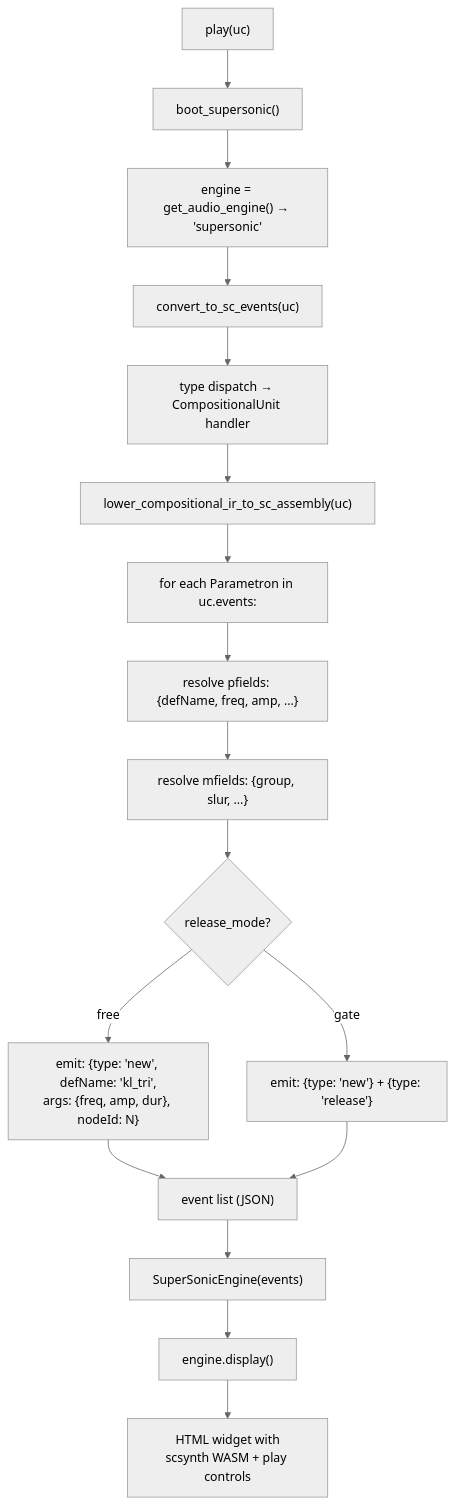
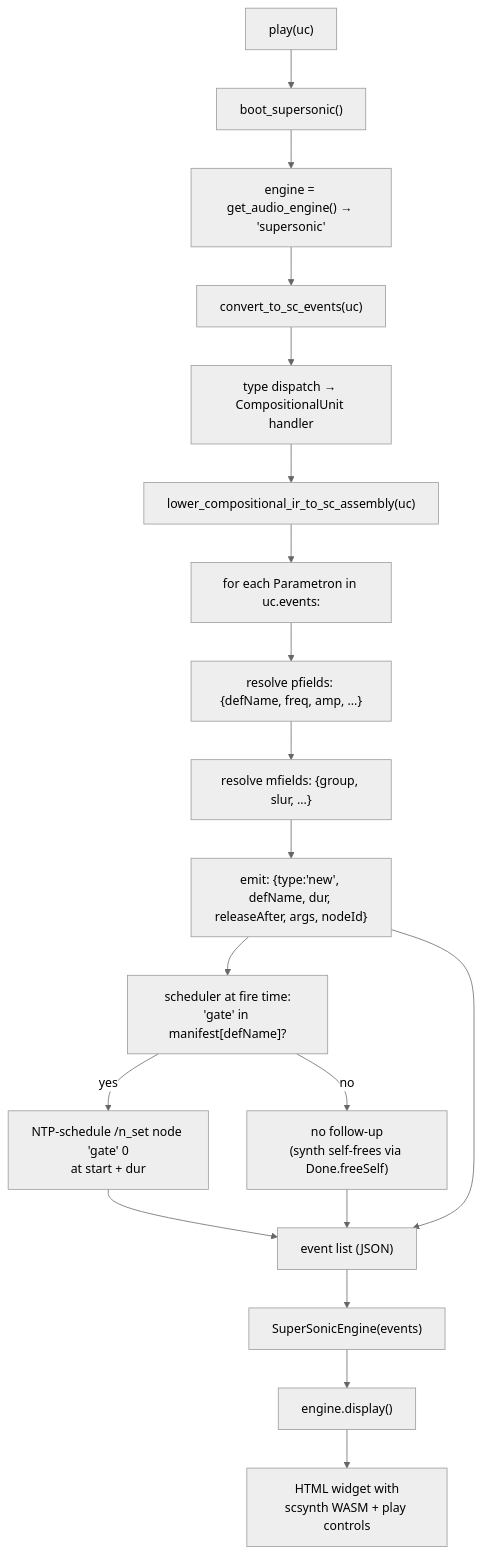
The seventh of 8 diagrams in docs/architecture/10_WALKTHROUGH.md (kr4g/Klotho), drawn with Mermaid (neutral theme) before and after one commit. The commit also changed 128 other files, not shown here.

````diff
--- a/docs/architecture/10_WALKTHROUGH.md
+++ b/docs/architecture/10_WALKTHROUGH.md
@@ -312,22 +312,24 @@
 ```mermaid
 flowchart TD
     A["play(uc)"] --> B["boot_supersonic()"]
     B --> C["engine = get_audio_engine() → 'supersonic'"]
     C --> D["convert_to_sc_events(uc)"]
 
     D --> E["type dispatch → CompositionalUnit handler"]
     E --> F["lower_compositional_ir_to_sc_assembly(uc)"]
 
     F --> G["for each Parametron in uc.events:"]
     G --> H["resolve pfields: {defName, freq, amp, ...}"]
     H --> I["resolve mfields: {group, slur, ...}"]
-    I --> J{"release_mode?"}
-    J -->|"free"| K["emit: {type: 'new', defName: 'kl_tri',<br/>args: {freq, amp, dur}, nodeId: N}"]
-    J -->|"gate"| L["emit: {type: 'new'} + {type: 'release'}"]
+    I --> J["emit: {type:'new', defName, dur, releaseAfter, args, nodeId}"]
+    J --> K["scheduler at fire time:<br/>'gate' in manifest[defName]?"]
+    K -->|"yes"| L["NTP-schedule /n_set node 'gate' 0<br/>at start + dur"]
+    K -->|"no"| M["no follow-up<br/>(synth self-frees via Done.freeSelf)"]
 
-    K --> M["event list (JSON)"]
-    L --> M
-    M --> N["SuperSonicEngine(events)"]
-    N --> O["engine.display()"]
+    L --> N0["event list (JSON)"]
+    M --> N0
+    J --> N0
+    N0 --> N1["SuperSonicEngine(events)"]
+    N1 --> O["engine.display()"]
     O --> P["HTML widget with<br/>scsynth WASM + play controls"]
 ```
````
